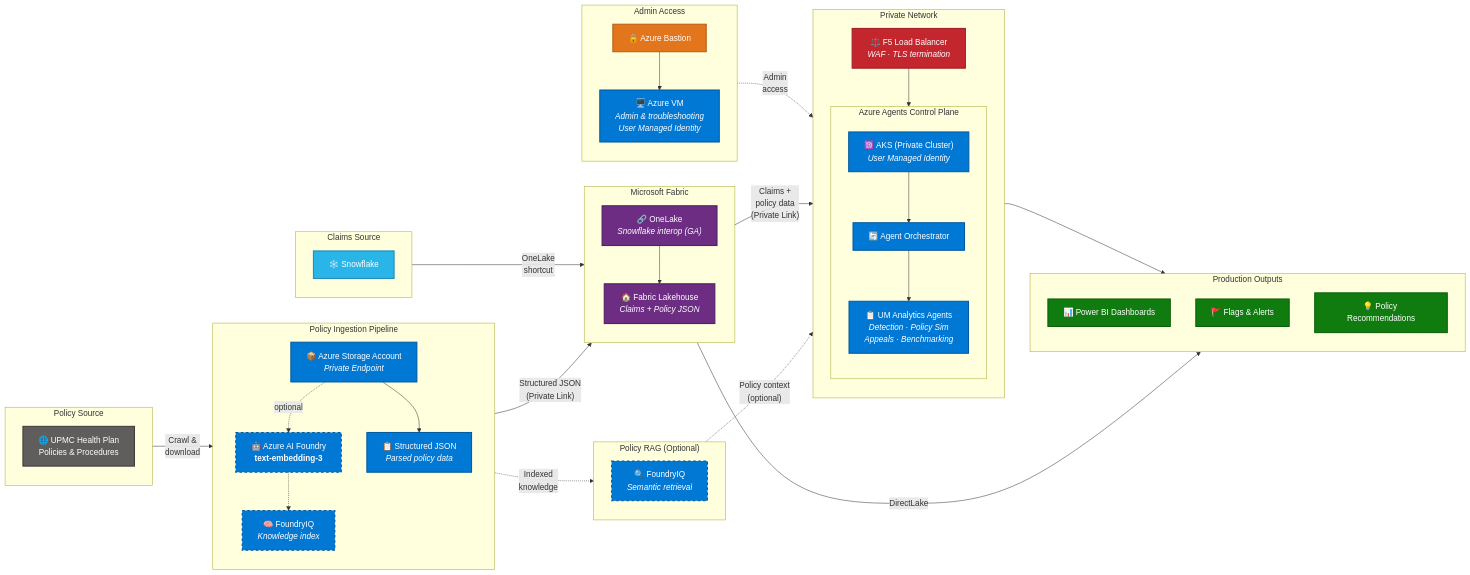
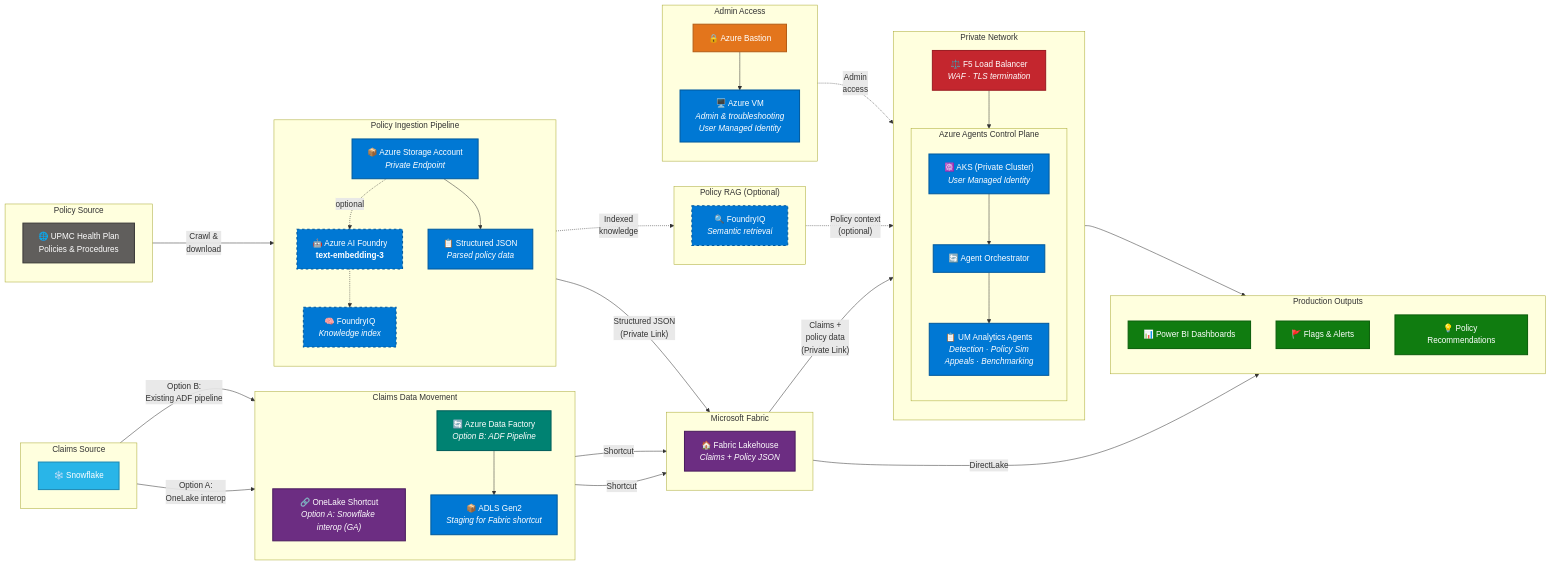
One commit to ctava-msft/utilization-management-claims-analytics changed the second of 2 diagrams in docs/solution_architecture.md. Above: the diagram before and after it, drawn with Mermaid. The commit also changed other lines of this file, not shown here.

Commit message:
update solutation architecture for snowflake -> fabric adf pipeline

````diff
--- a/docs/solution_architecture.md
+++ b/docs/solution_architecture.md
@@ -152,11 +164,17 @@
         SNOWFLAKE["❄️ Snowflake"]
     end
 
+    subgraph CLAIMS_MOVEMENT["Claims Data Movement"]
+        direction TB
+        ONELAKE["🔗 OneLake Shortcut<br/><i>Option A: Snowflake interop (GA)</i>"]
+        ADF["🔄 Azure Data Factory<br/><i>Option B: ADF Pipeline</i>"]
+        ADLS["📦 ADLS Gen2<br/><i>Staging for Fabric shortcut</i>"]
+        ADF --> ADLS
+    end
+
     subgraph CLAIMS_FABRIC["Microsoft Fabric"]
         direction TB
-        ONELAKE["🔗 OneLake<br/><i>Snowflake interop (GA)</i>"]
         FABRIC_LAKEHOUSE["🏠 Fabric Lakehouse<br/><i>Claims + Policy JSON</i>"]
-        ONELAKE --> FABRIC_LAKEHOUSE
     end
 
     %% ───────────────────────────────────────────
@@ -202,7 +220,10 @@
     POLICY_JSON -->|"Structured JSON<br/>(Private Link)"| FABRIC_LAKEHOUSE
     FOUNDRY_IQ -.->|"Indexed<br/>knowledge"| FOUNDRY_IQ_READ
     FOUNDRY_IQ_READ -.->|"Policy context<br/>(optional)"| F5
-    SNOWFLAKE -->|"OneLake<br/>shortcut"| ONELAKE
+    SNOWFLAKE -->|"Option A:<br/>OneLake interop"| ONELAKE
+    SNOWFLAKE -->|"Option B:<br/>Existing ADF pipeline"| ADF
+    ONELAKE -->|"Shortcut"| FABRIC_LAKEHOUSE
+    ADLS -->|"Shortcut"| FABRIC_LAKEHOUSE
     FABRIC_LAKEHOUSE -->|"Claims +<br/>policy data<br/>(Private Link)"| F5
     VM -.->|"Admin<br/>access"| AKS
     CONTROL_PLANE --> OUTPUT
@@ -220,7 +241,9 @@
 
     classDef optionalDashed fill:#0078D4,stroke:#005A9E,color:#fff,stroke-width:2px,stroke-dasharray:5 5
 
-    class AKS,ORCHESTRATOR,UM_AGENTS,STORAGE,POLICY_JSON,VM azureBlue
+    classDef adfGreen fill:#008272,stroke:#005E5A,color:#fff,stroke-width:2px
+
+    class AKS,ORCHESTRATOR,UM_AGENTS,STORAGE,POLICY_JSON,VM,ADLS azureBlue
     class FOUNDRY_EMBED,FOUNDRY_IQ,FOUNDRY_IQ_READ optionalDashed
     class ONELAKE,FABRIC_LAKEHOUSE fabricPurple
     class SNOWFLAKE snowflakeBlue
@@ -228,4 +251,5 @@
     class UPMC_POLICIES sourceGray
     class BASTION bastionOrange
     class F5 f5Red
+    class ADF adfGreen
 ```
````
